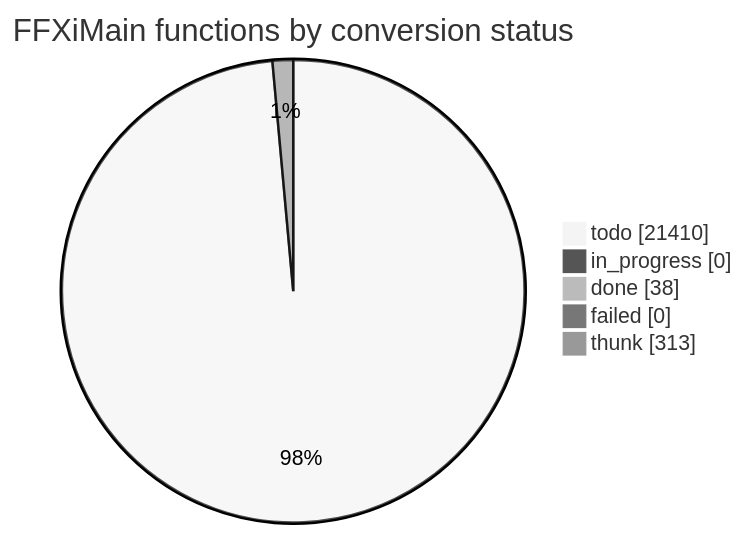
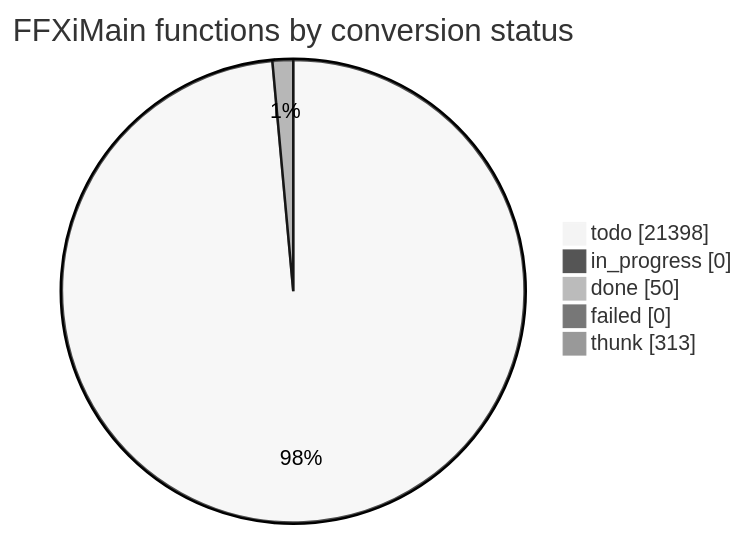
Before and after one commit to cowrevenge/cow_kuluu_xi_anything: the diagram in docs/cow/STATUS.md, drawn with Mermaid (neutral theme). The commit also changed other lines of this file and 19 other files, not shown here.

````diff
--- a/docs/cow/STATUS.md
+++ b/docs/cow/STATUS.md
@@ -18,9 +18,9 @@
 ```mermaid
 pie showData
     title FFXiMain functions by conversion status
-    "todo" : 21410
+    "todo" : 21398
     "in_progress" : 0
-    "done" : 38
+    "done" : 50
     "failed" : 0
     "thunk" : 313
 ```
````
